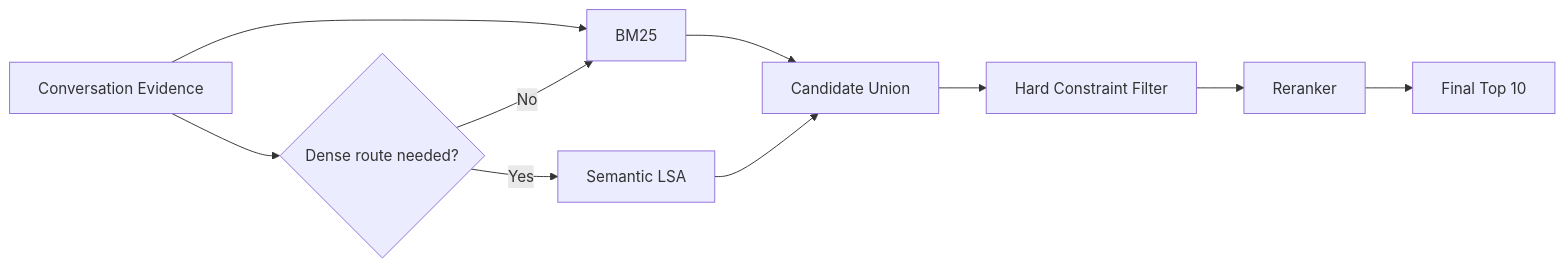
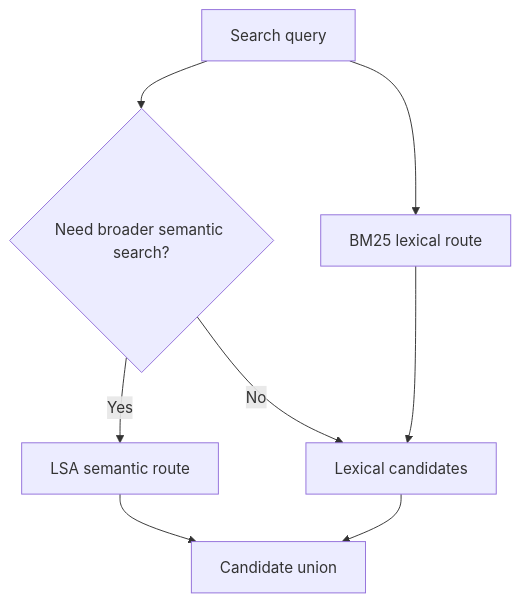
The eighth of 17 diagrams in README.md (rishu1903/larpers-go-shopping), drawn with Mermaid before and after one commit. The commit also changed other lines of this file, not shown here.

````diff
--- a/README.md
+++ b/README.md
@@ -130,16 +295,10 @@
 ```mermaid
-flowchart LR
-    M[Conversation Evidence] --> B[BM25]
-
-    M --> G{Dense route needed?}
-
-    G -->|No| B
-    G -->|Yes| S[Semantic LSA]
-
-    B --> U[Candidate Union]
-    S --> U
-
-    U --> HC[Hard Constraint Filter]
-    HC --> RR[Reranker]
-    RR --> T10[Final Top 10]
+flowchart TD
+    Q[Search query] --> L[BM25 lexical route]
+    Q --> D{Need broader semantic search?}
+    D -->|Yes| S[LSA semantic route]
+    D -->|No| C[Lexical candidates]
+    L --> C
+    S --> U[Candidate union]
+    C --> U
 ```
````
